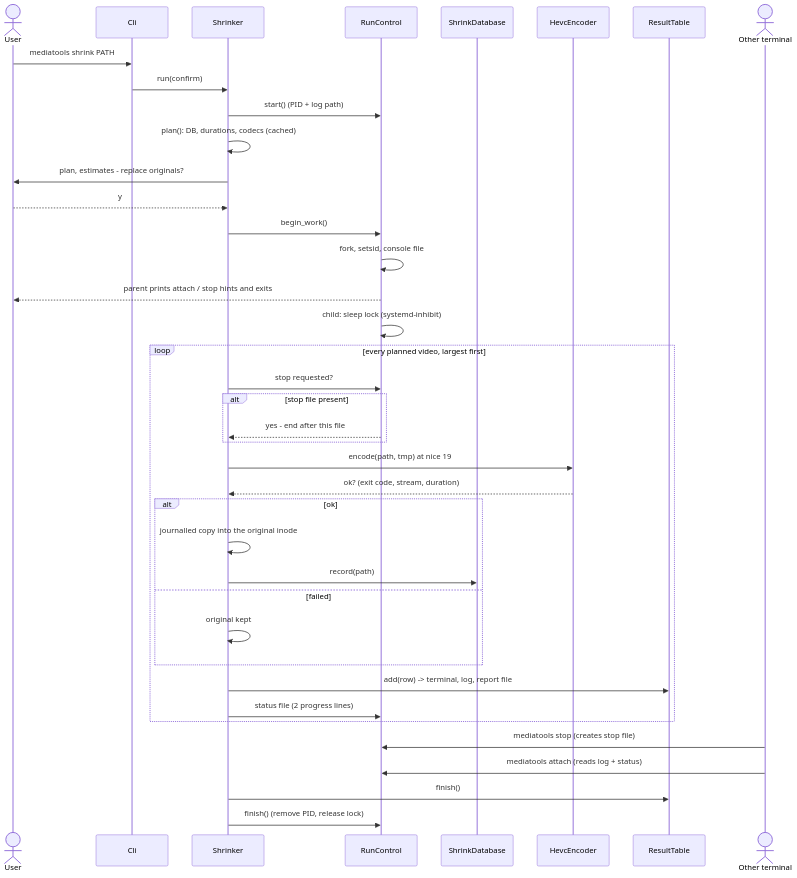
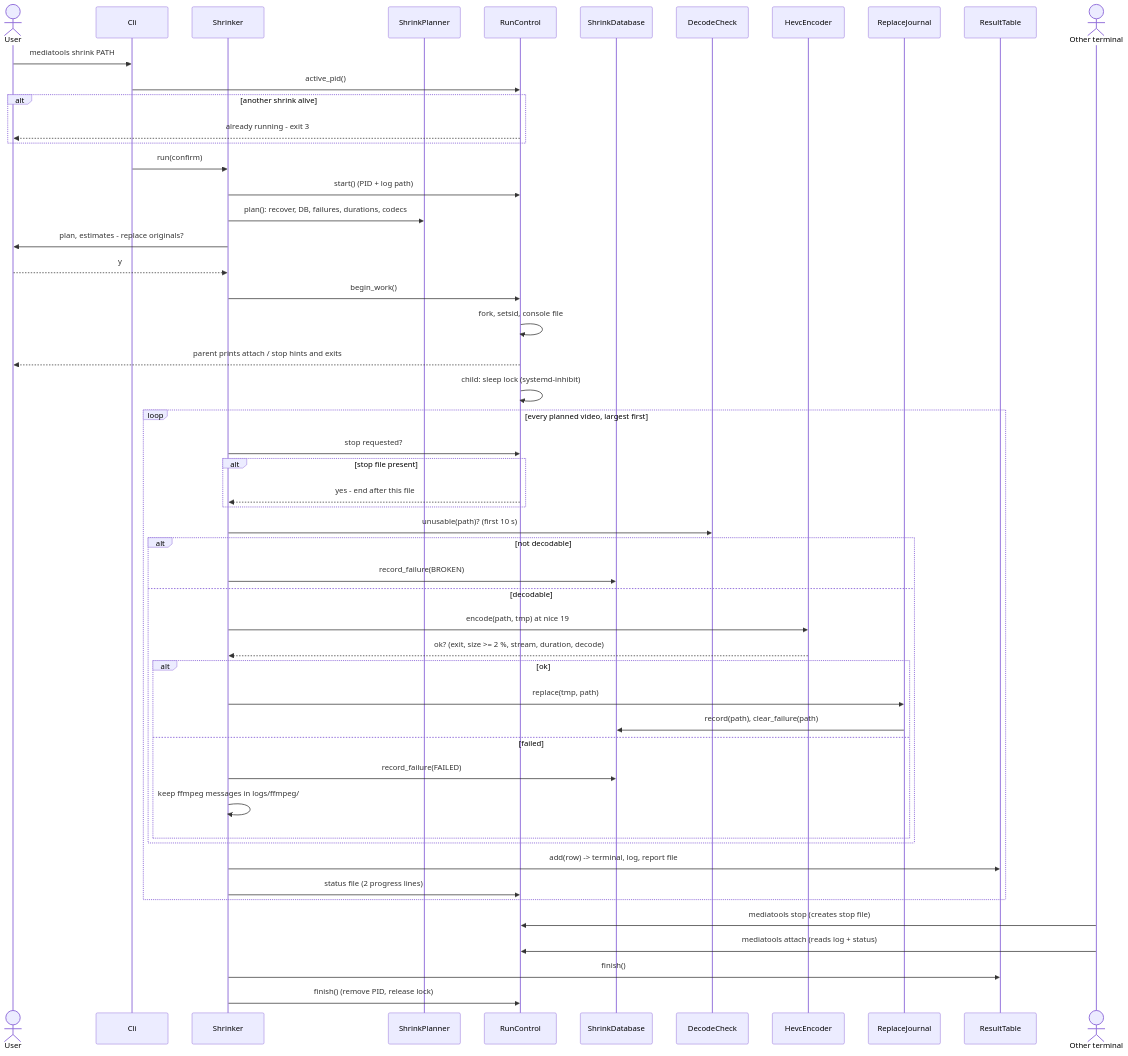
Before and after one commit to peddanet/mediatools: the diagram in docs/img/seq_shrink.mmd, drawn with Mermaid. The commit also changed 28 other files, not shown here.

```diff
--- a/docs/img/seq_shrink.mmd
+++ b/docs/img/seq_shrink.mmd
@@ -1,39 +1,52 @@
 sequenceDiagram
   actor U as User
   participant C as Cli
   participant S as Shrinker
+  participant P as ShrinkPlanner
   participant R as RunControl
   participant D as ShrinkDatabase
+  participant K as DecodeCheck
   participant E as HevcEncoder
+  participant J as ReplaceJournal
   participant T as ResultTable
   actor O as Other terminal
   U->>C: mediatools shrink PATH
+  C->>R: active_pid()
+  alt another shrink alive
+    R-->>U: already running - exit 3
+  end
   C->>S: run(confirm)
   S->>R: start() (PID + log path)
-  S->>S: plan(): DB, durations, codecs (cached)
+  S->>P: plan(): recover, DB, failures, durations, codecs
   S->>U: plan, estimates - replace originals?
   U-->>S: y
   S->>R: begin_work()
   R->>R: fork, setsid, console file
   R-->>U: parent prints attach / stop hints and exits
   R->>R: child: sleep lock (systemd-inhibit)
   loop every planned video, largest first
     S->>R: stop requested?
     alt stop file present
       R-->>S: yes - end after this file
     end
-    S->>E: encode(path, tmp) at nice 19
-    E-->>S: ok? (exit code, stream, duration)
-    alt ok
-      S->>S: journalled copy into the original inode
-      S->>D: record(path)
-    else failed
-      S->>S: original kept
+    S->>K: unusable(path)? (first 10 s)
+    alt not decodable
+      S->>D: record_failure(BROKEN)
+    else decodable
+      S->>E: encode(path, tmp) at nice 19
+      E-->>S: ok? (exit, size >= 2 %, stream, duration, decode)
+      alt ok
+        S->>J: replace(tmp, path)
+        J->>D: record(path), clear_failure(path)
+      else failed
+        S->>D: record_failure(FAILED)
+        S->>S: keep ffmpeg messages in logs/ffmpeg/
+      end
     end
     S->>T: add(row) -> terminal, log, report file
     S->>R: status file (2 progress lines)
   end
   O->>R: mediatools stop (creates stop file)
   O->>R: mediatools attach (reads log + status)
   S->>T: finish()
   S->>R: finish() (remove PID, release lock)
```
